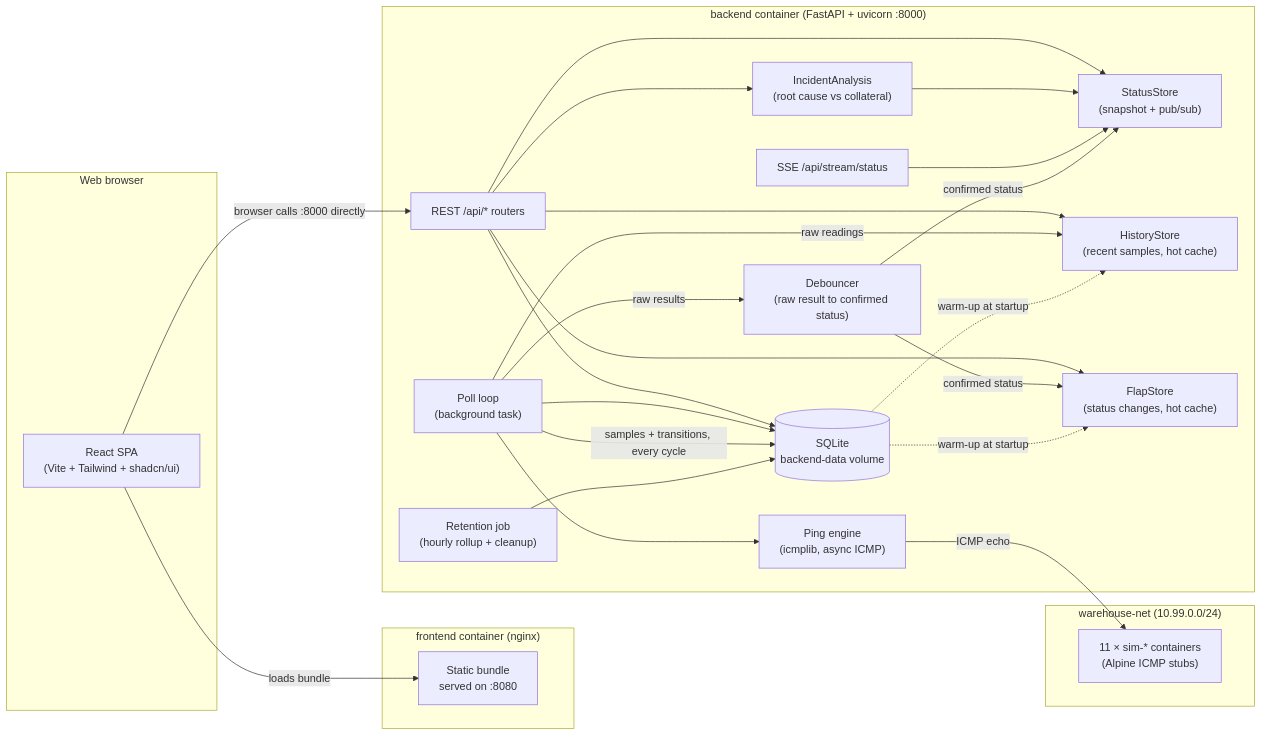
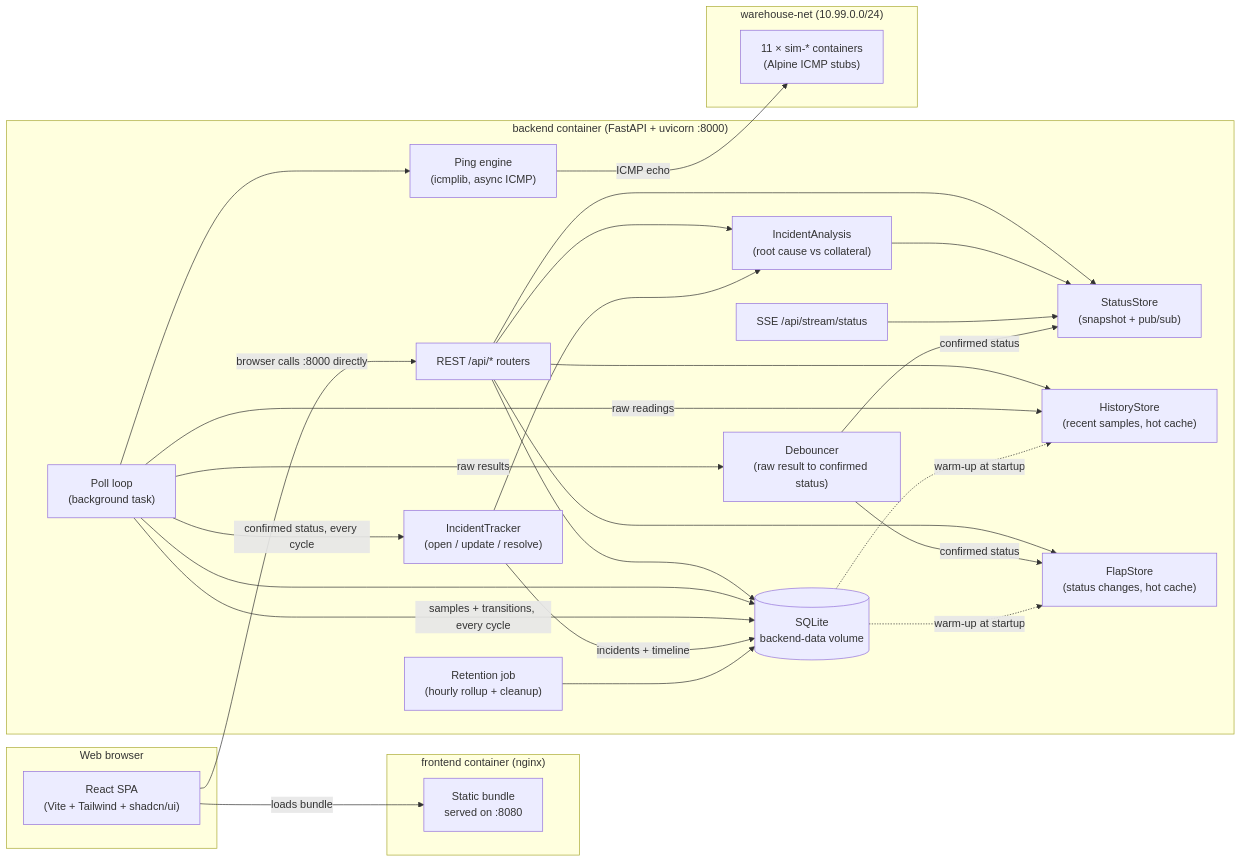
One commit to dumbL4d/network-analyser changed the first of 9 diagrams in README.md. Above: the diagram before and after it, drawn with Mermaid. The commit also changed other lines of this file and 38 other files, not shown here.

````diff
--- a/README.md
+++ b/README.md
@@ -42,50 +45,54 @@
 ```mermaid
 flowchart LR
     subgraph Browser["Web browser"]
         UI["React SPA<br/>(Vite + Tailwind + shadcn/ui)"]
     end
 
     subgraph FrontendContainer["frontend container (nginx)"]
         STATIC["Static bundle<br/>served on :8080"]
     end
 
     subgraph BackendContainer["backend container (FastAPI + uvicorn :8000)"]
         API["REST /api/* routers"]
         SSE["SSE /api/stream/status"]
         POLL["Poll loop<br/>(background task)"]
         PING["Ping engine<br/>(icmplib, async ICMP)"]
         DEB["Debouncer<br/>(raw result to confirmed status)"]
         ST["StatusStore<br/>(snapshot + pub/sub)"]
         HS["HistoryStore<br/>(recent samples, hot cache)"]
         FS["FlapStore<br/>(status changes, hot cache)"]
         IA["IncidentAnalysis<br/>(root cause vs collateral)"]
+        TRK["IncidentTracker<br/>(open / update / resolve)"]
         RET["Retention job<br/>(hourly rollup + cleanup)"]
         DB[("SQLite<br/>backend-data volume")]
     end
 
     subgraph SimNet["warehouse-net (10.99.0.0/24)"]
         SIM["11 × sim-* containers<br/>(Alpine ICMP stubs)"]
     end
 
     UI -- "browser calls :8000 directly" --> API
     API --> DB
     API --> ST
     API --> HS
     API --> FS
     API --> IA
     IA --> ST
     SSE --> ST
     POLL --> DB
     POLL --> PING
     PING -- "ICMP echo" --> SIM
     POLL -- "raw results" --> DEB
     DEB -- "confirmed status" --> ST
     DEB -- "confirmed status" --> FS
     POLL -- "raw readings" --> HS
     POLL -- "samples + transitions, every cycle" --> DB
+    POLL -- "confirmed status, every cycle" --> TRK
+    TRK --> IA
+    TRK -- "incidents + timeline" --> DB
     RET --> DB
     DB -. warm-up at startup .-> HS
     DB -. warm-up at startup .-> FS
 
     UI -- "loads bundle" --> STATIC
 ```
````
